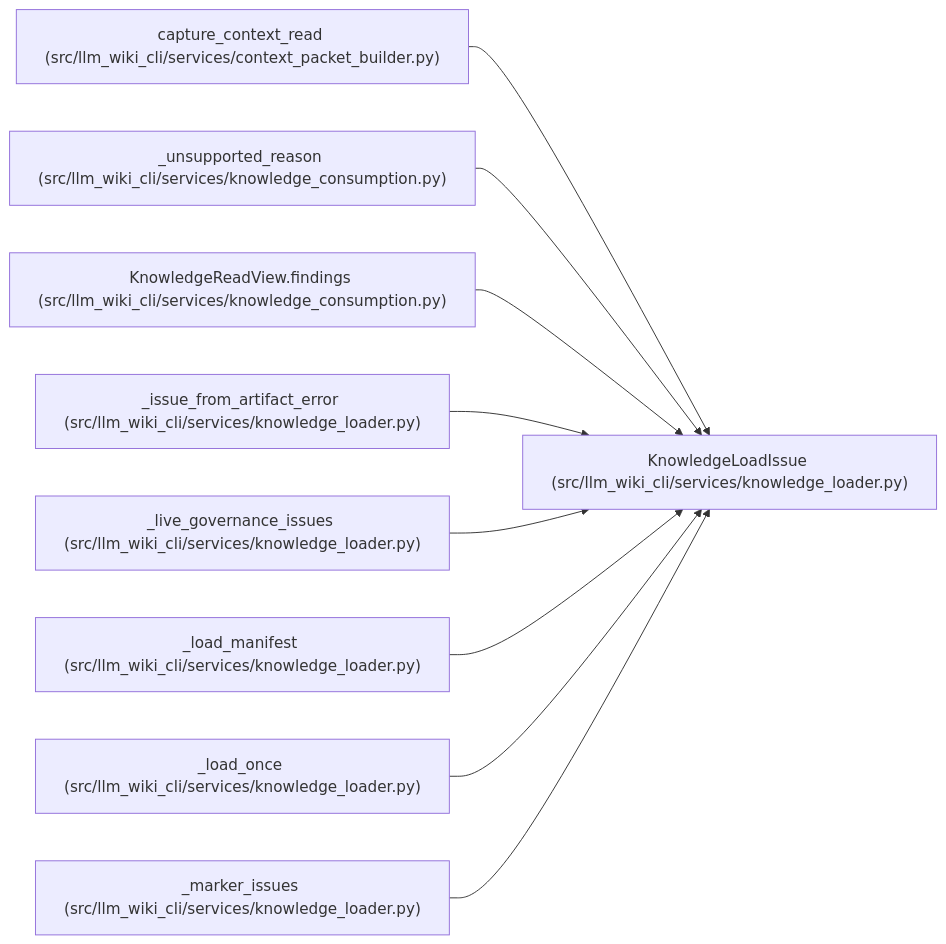
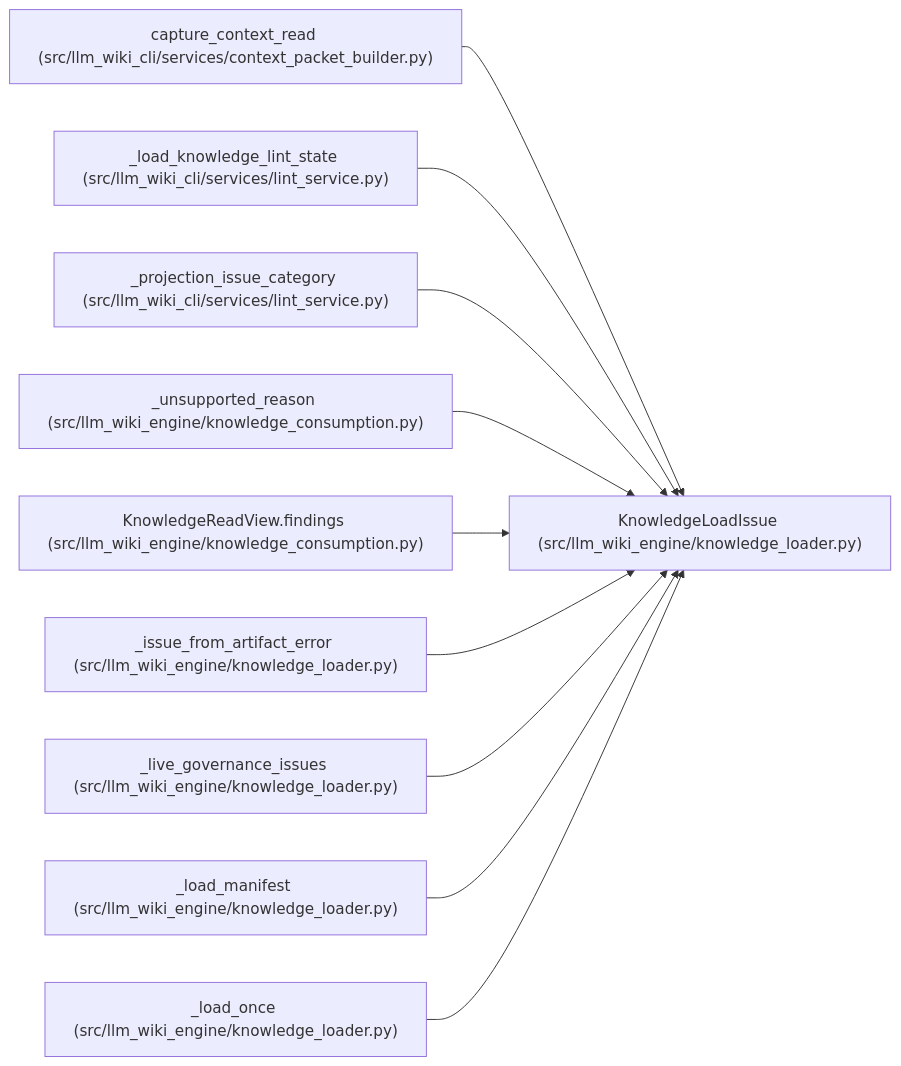
The diagram in docs/llm_wiki/entities/KnowledgeLoadIssue.md (Denissvgn/python-wiki-llm), drawn with Mermaid before and after one commit. The commit also changed other lines of this file and 1058 other files, not shown here.

First line of the commit message:
docs: refresh the wiki for the knowledge store move

````diff
--- a/docs/llm_wiki/entities/KnowledgeLoadIssue.md
+++ b/docs/llm_wiki/entities/KnowledgeLoadIssue.md
@@ -30,29 +30,32 @@
 ```mermaid
 flowchart LR
-    n0["KnowledgeLoadIssue (src/llm_wiki_cli/services/knowledge_loader.py)"]
+    n0["KnowledgeLoadIssue (src/llm_wiki_engine/knowledge_loader.py)"]
     n1["capture_context_read (src/llm_wiki_cli/services/context_packet_builder.py)"]
-    n2["_unsupported_reason (src/llm_wiki_cli/services/knowledge_consumption.py)"]
-    n3["KnowledgeReadView.findings (src/llm_wiki_cli/services/knowledge_consumption.py)"]
-    n4["_issue_from_artifact_error (src/llm_wiki_cli/services/knowledge_loader.py)"]
-    n5["_live_governance_issues (src/llm_wiki_cli/services/knowledge_loader.py)"]
-    n6["_load_manifest (src/llm_wiki_cli/services/knowledge_loader.py)"]
-    n7["_load_once (src/llm_wiki_cli/services/knowledge_loader.py)"]
-    n8["_marker_issues (src/llm_wiki_cli/services/knowledge_loader.py)"]
+    n2["_load_knowledge_lint_state (src/llm_wiki_cli/services/lint_service.py)"]
+    n3["_projection_issue_category (src/llm_wiki_cli/services/lint_service.py)"]
+    n4["_unsupported_reason (src/llm_wiki_engine/knowledge_consumption.py)"]
+    n5["KnowledgeReadView.findings (src/llm_wiki_engine/knowledge_consumption.py)"]
+    n6["_issue_from_artifact_error (src/llm_wiki_engine/knowledge_loader.py)"]
+    n7["_live_governance_issues (src/llm_wiki_engine/knowledge_loader.py)"]
+    n8["_load_manifest (src/llm_wiki_engine/knowledge_loader.py)"]
+    n9["_load_once (src/llm_wiki_engine/knowledge_loader.py)"]
     n1 --> n0
     n2 --> n0
     n3 --> n0
     n4 --> n0
     n5 --> n0
     n6 --> n0
     n7 --> n0
     n8 --> n0
+    n9 --> n0
     click n0 "../modules/knowledge_loader.md"
     click n1 "../modules/context_packet_builder.md"
-    click n2 "../modules/knowledge_consumption.md"
-    click n3 "../modules/knowledge_consumption.md"
-    click n4 "../modules/knowledge_loader.md"
-    click n5 "../modules/knowledge_loader.md"
+    click n2 "../modules/lint_service.md"
+    click n3 "../modules/lint_service.md"
+    click n4 "../modules/knowledge_consumption.md"
+    click n5 "../modules/knowledge_consumption.md"
     click n6 "../modules/knowledge_loader.md"
     click n7 "../modules/knowledge_loader.md"
     click n8 "../modules/knowledge_loader.md"
+    click n9 "../modules/knowledge_loader.md"
 ```
````
